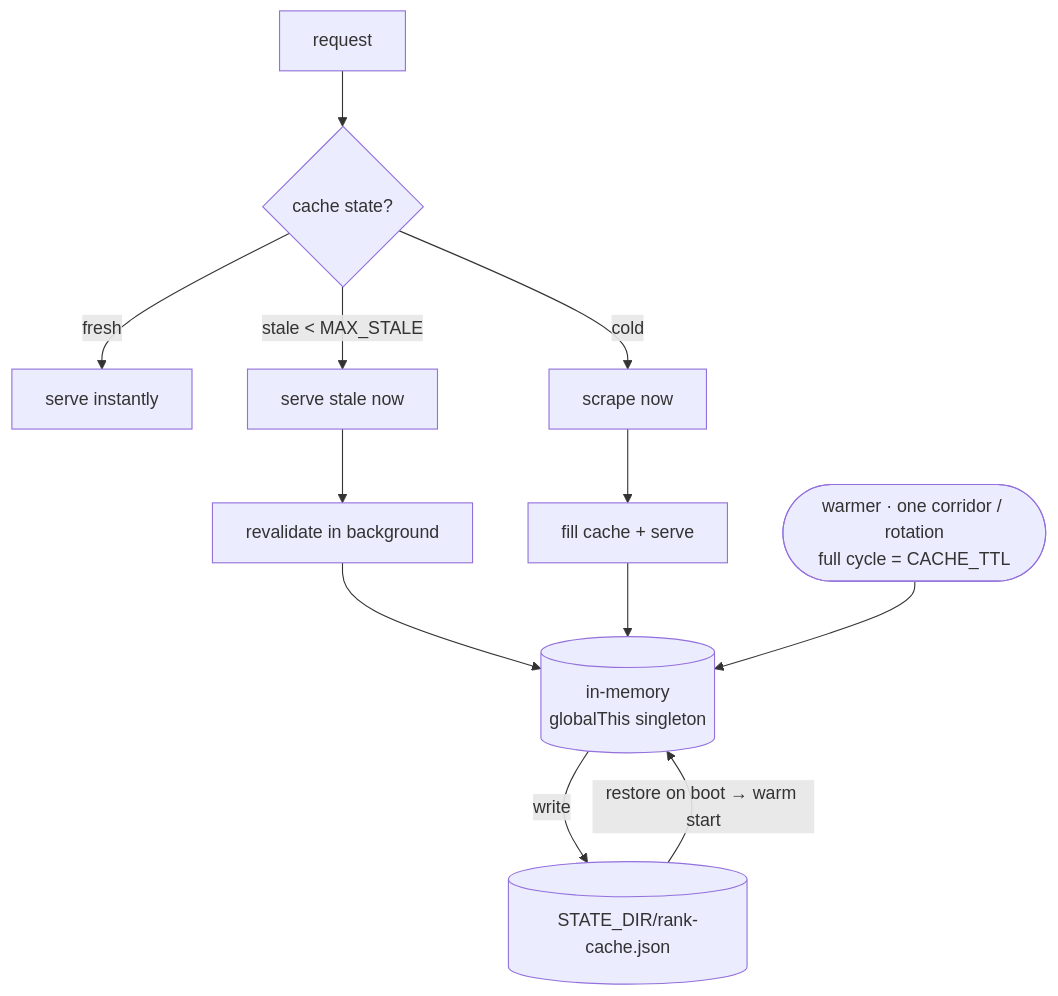
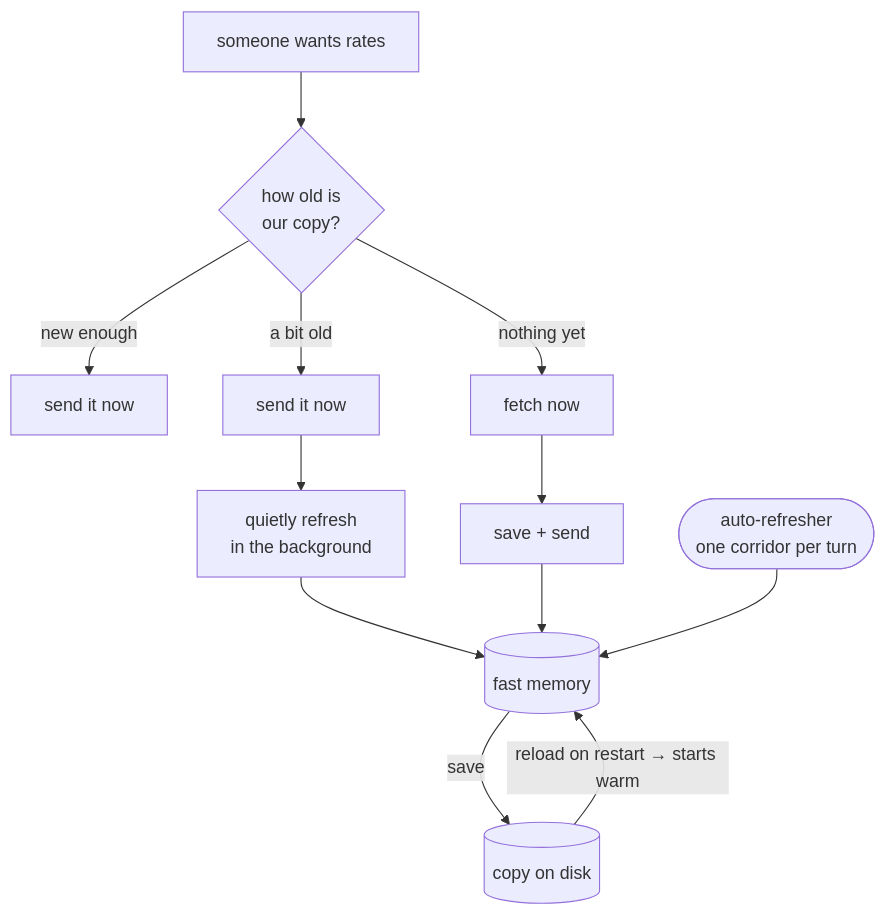
The fourth of 5 diagrams in README.md (Navong/rates-scrapper), drawn with Mermaid before and after one commit. The commit also changed other lines of this file, not shown here.

First line of the commit message:
docs: plain-language diagram labels in README

````diff
--- a/README.md
+++ b/README.md
@@ -109,13 +109,13 @@
 ```mermaid
 flowchart TD
-    REQ[request] --> Q{cache state?}
-    Q -->|fresh| SERVE[serve instantly]
-    Q -->|stale < MAX_STALE| SS[serve stale now] --> REV[revalidate in background]
-    Q -->|cold| SCRAPE[scrape now] --> FILL[fill cache + serve]
+    REQ[someone wants rates] --> Q{how old is<br/>our copy?}
+    Q -->|new enough| SERVE[send it now]
+    Q -->|a bit old| SS[send it now] --> REV[quietly refresh<br/>in the background]
+    Q -->|nothing yet| SCRAPE[fetch now] --> FILL[save + send]
     REV --> MEM
     FILL --> MEM
 
-    WARM([warmer · one corridor / rotation<br/>full cycle = CACHE_TTL]) --> MEM[("in-memory<br/>globalThis singleton")]
-    MEM -->|write| DISK[("STATE_DIR/rank-cache.json")]
-    DISK -->|restore on boot → warm start| MEM
+    WARM([auto-refresher<br/>one corridor per turn]) --> MEM[("fast memory")]
+    MEM -->|save| DISK[("copy on disk")]
+    DISK -->|reload on restart → starts warm| MEM
 ```
````
